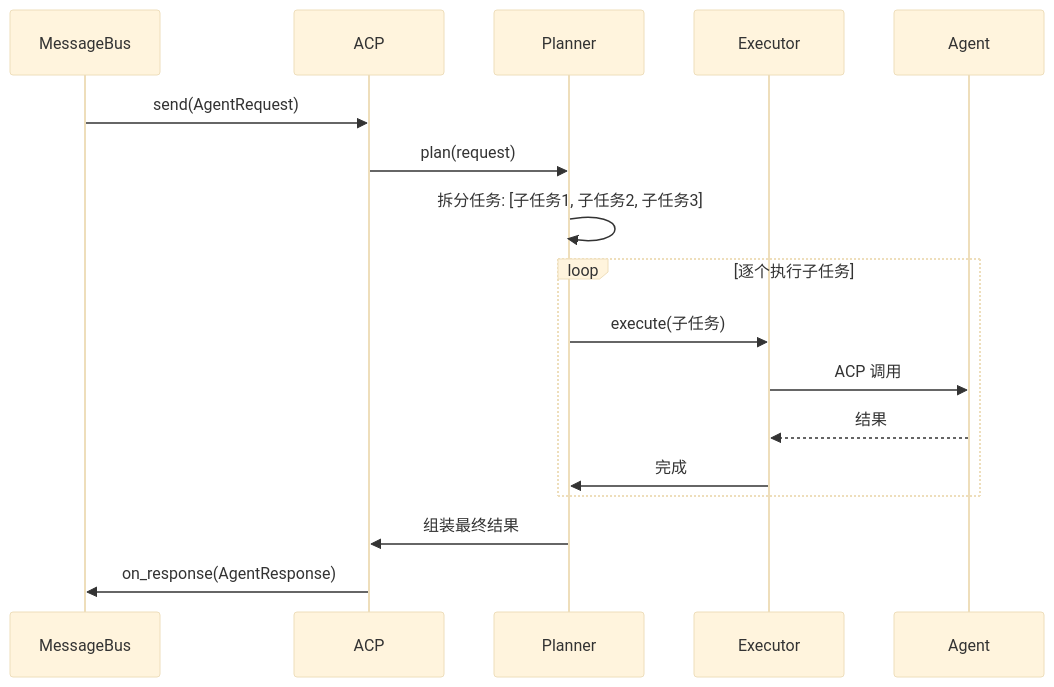
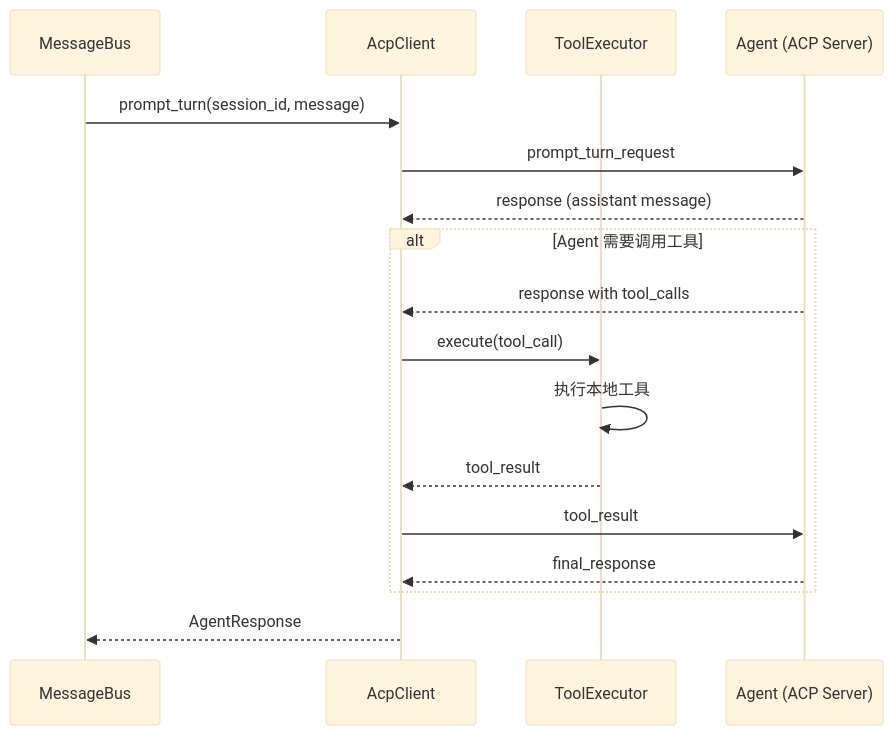
One commit to zhuxining/MindClaw changed the second of 3 diagrams in docs/architecture/30-acp-client.md. Above: the diagram before and after it, drawn with Mermaid (base theme). The commit also changed other lines of this file and 8 other files, not shown here.

````diff
--- a/docs/architecture/30-acp-client.md
+++ b/docs/architecture/30-acp-client.md
@@ -91,22 +105,22 @@
 ```mermaid
 sequenceDiagram
     participant MB as MessageBus
-    participant AC as ACP
-    participant PL as Planner
-    participant EX as Executor
-    participant AG as Agent
+    participant AC as AcpClient
+    participant TE as ToolExecutor
+    participant AG as Agent (ACP Server)
 
-    MB->>AC: send(AgentRequest)
-    AC->>PL: plan(request)
-    PL->>PL: 拆分任务: [子任务1, 子任务2, 子任务3]
+    MB->>AC: prompt_turn(session_id, message)
+    AC->>AG: prompt_turn_request
+    AG-->>AC: response (assistant message)
 
-    loop 逐个执行子任务
-        PL->>EX: execute(子任务)
-        EX->>AG: ACP 调用
-        AG-->>EX: 结果
-        EX->>PL: 完成
+    alt Agent 需要调用工具
+        AG-->>AC: response with tool_calls
+        AC->>TE: execute(tool_call)
+        TE->>TE: 执行本地工具
+        TE-->>AC: tool_result
+        AC->>AG: tool_result
+        AG-->>AC: final_response
     end
 
-    PL->>AC: 组装最终结果
-    AC->>MB: on_response(AgentResponse)
+    AC-->>MB: AgentResponse
 ```
````
